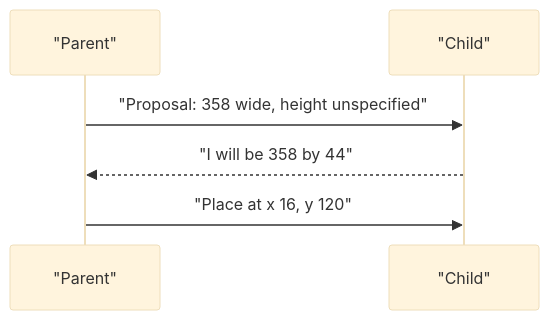
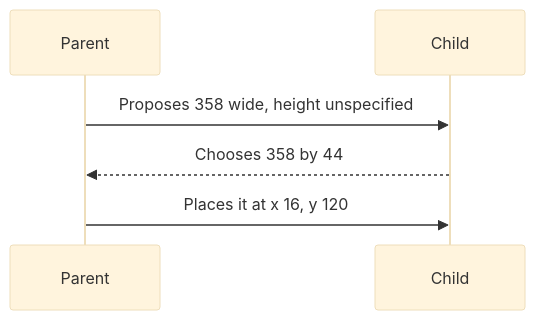
One commit to ehzawad/ideation-of-ios-app changed the third of 5 diagrams in learn/day2-swiftui-liquid-glass-design.md. Above: the diagram before and after it, drawn with Mermaid (base theme). The commit also changed 6 other files, not shown here.

````diff
--- a/learn/day2-swiftui-liquid-glass-design.md
+++ b/learn/day2-swiftui-liquid-glass-design.md
@@ -92,8 +92,8 @@
 ```mermaid
 sequenceDiagram
-  participant P as "Parent"
-  participant C as "Child"
-  P->>C: "Proposal: 358 wide, height unspecified"
-  C-->>P: "I will be 358 by 44"
-  P->>C: "Place at x 16, y 120"
+  participant P as Parent
+  participant C as Child
+  P->>C: Proposes 358 wide, height unspecified
+  C-->>P: Chooses 358 by 44
+  P->>C: Places it at x 16, y 120
 ```
````
